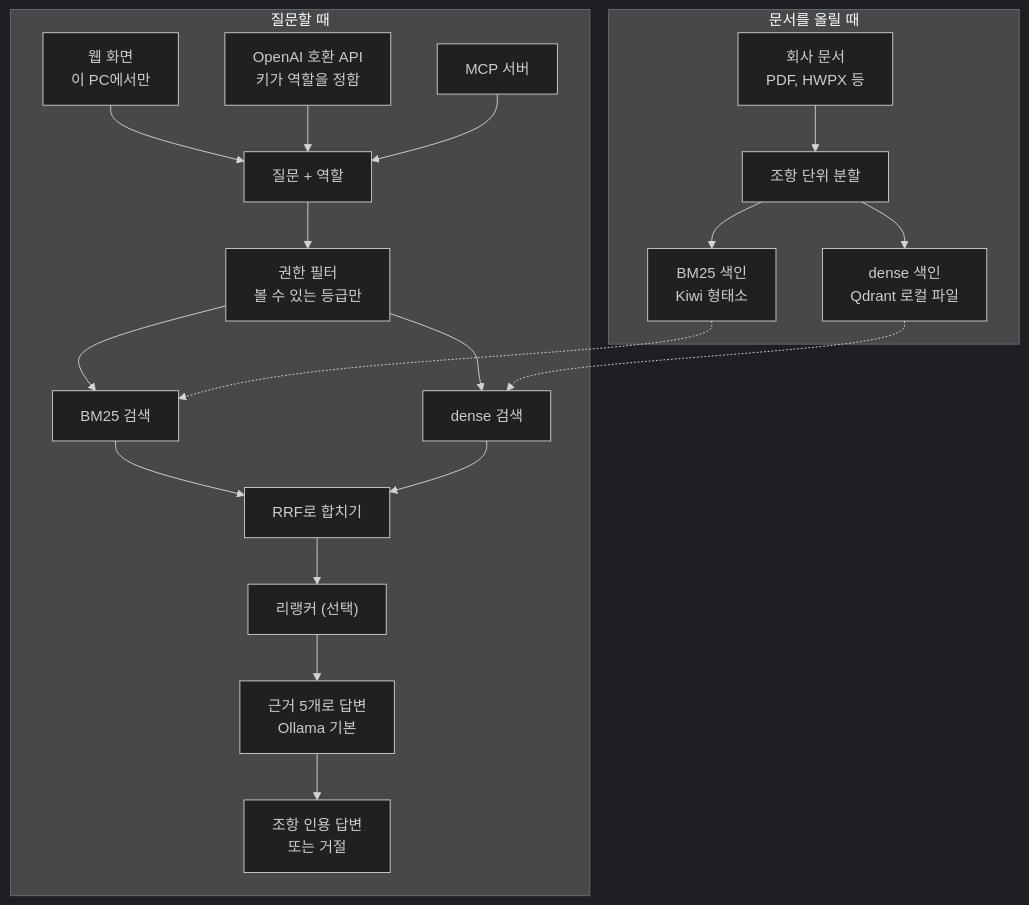
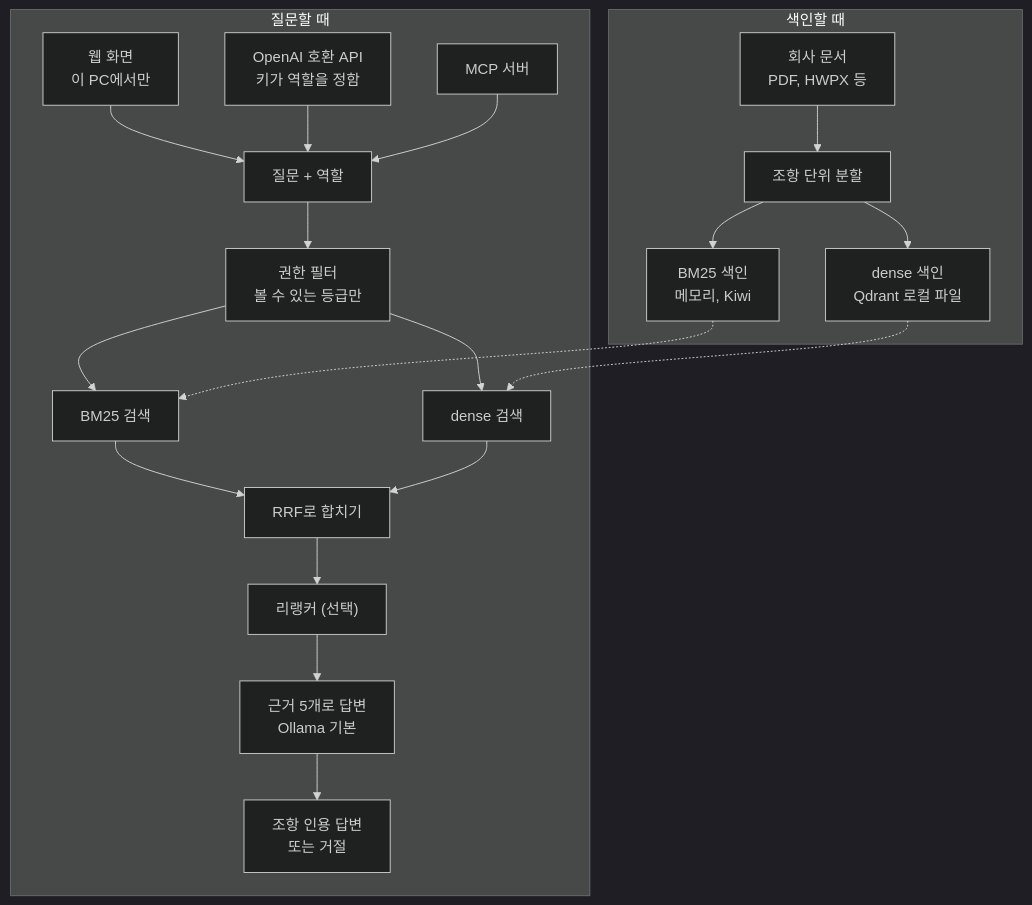
One commit to Growcompany/ax-assistant-builder changed the diagram in README.md. Above: the diagram before and after it, drawn with Mermaid (dark theme). The commit also changed other lines of this file and 1 other file, not shown here.

````diff
--- a/README.md
+++ b/README.md
@@ -221,23 +221,23 @@
 ```mermaid
 flowchart TD
-    subgraph INDEX["문서를 올릴 때"]
+    subgraph INDEX["색인할 때"]
         DOC["회사 문서<br/>PDF, HWPX 등"] --> CHUNK["조항 단위 분할"]
         CHUNK --> DIDX["dense 색인<br/>Qdrant 로컬 파일"]
-        CHUNK --> BIDX["BM25 색인<br/>Kiwi 형태소"]
+        CHUNK --> BIDX["BM25 색인<br/>메모리, Kiwi"]
     end
     subgraph ASK["질문할 때"]
         UI["웹 화면<br/>이 PC에서만"] --> Q["질문 + 역할"]
         V1["OpenAI 호환 API<br/>키가 역할을 정함"] --> Q
         MCP["MCP 서버"] --> Q
         Q --> ACL["권한 필터<br/>볼 수 있는 등급만"]
         ACL --> BM["BM25 검색"]
         ACL --> DN["dense 검색"]
         BM --> RRF["RRF로 합치기"]
         DN --> RRF
         RRF --> RR["리랭커 (선택)"]
         RR --> GEN["근거 5개로 답변<br/>Ollama 기본"]
         GEN --> OUT["조항 인용 답변<br/>또는 거절"]
     end
     BIDX -.-> BM
     DIDX -.-> DN
 ```
````
